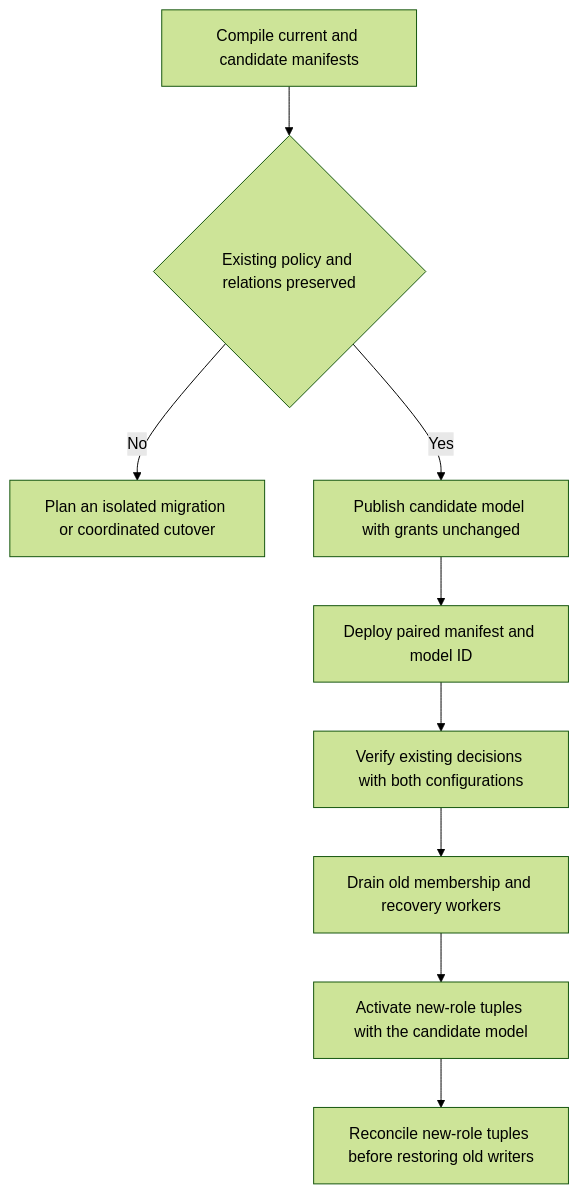
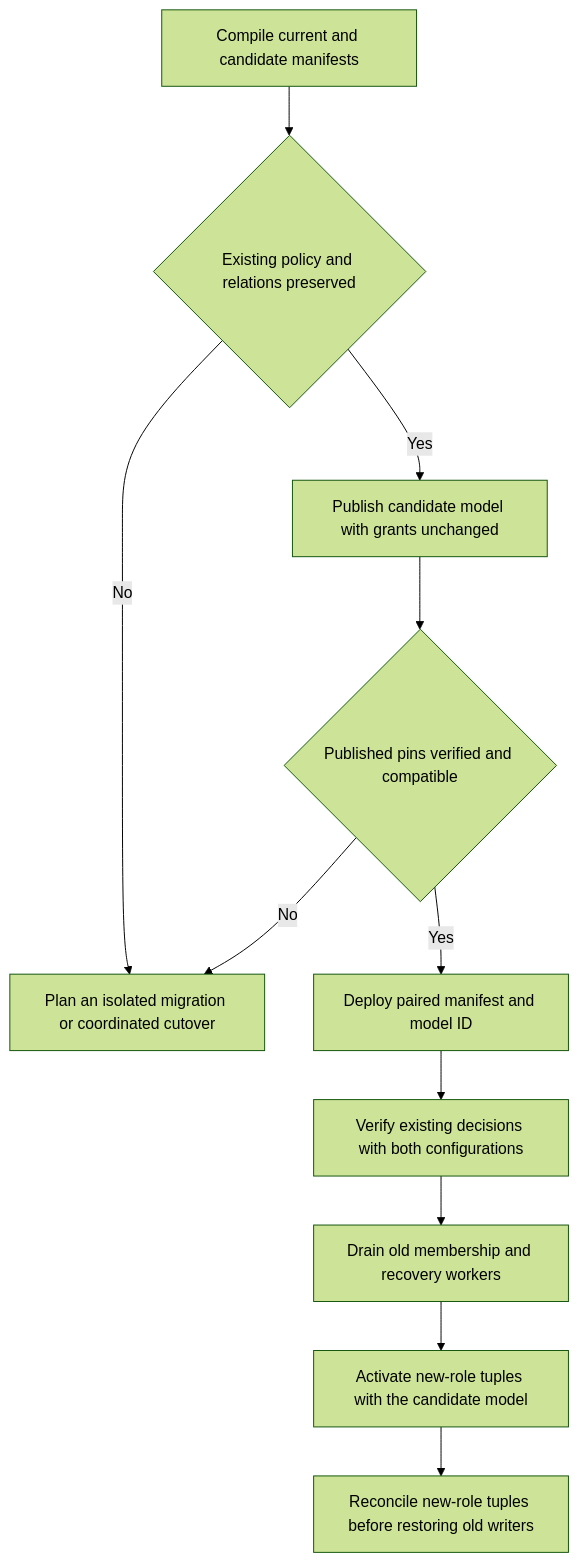
The third of 3 diagrams in docs/content/design/operations.md (techsavvyash/heimdall), drawn with Mermaid (forest theme) before and after one commit. The commit also changed other lines of this file and 8 other files, not shown here.

Commit message:
Inspect pinned model rollout compatibility in both SDKs

````diff
--- a/docs/content/design/operations.md
+++ b/docs/content/design/operations.md
@@ -50,11 +50,13 @@
 ```mermaid
 flowchart TD
   Edit[Compile current and candidate manifests] --> Verify{Existing policy and relations preserved}
   Verify -->|No| Plan[Plan an isolated migration or coordinated cutover]
   Verify -->|Yes| Publish[Publish candidate model with grants unchanged]
-  Publish --> Deploy[Deploy paired manifest and model ID]
+  Publish --> Inspect{Published pins verified and compatible}
+  Inspect -->|No| Plan
+  Inspect -->|Yes| Deploy[Deploy paired manifest and model ID]
   Deploy --> Observe[Verify existing decisions with both configurations]
   Observe --> Drain[Drain old membership and recovery workers]
   Drain --> Activate[Activate new-role tuples with the candidate model]
   Activate --> Restore[Reconcile new-role tuples before restoring old writers]
 ```
````
